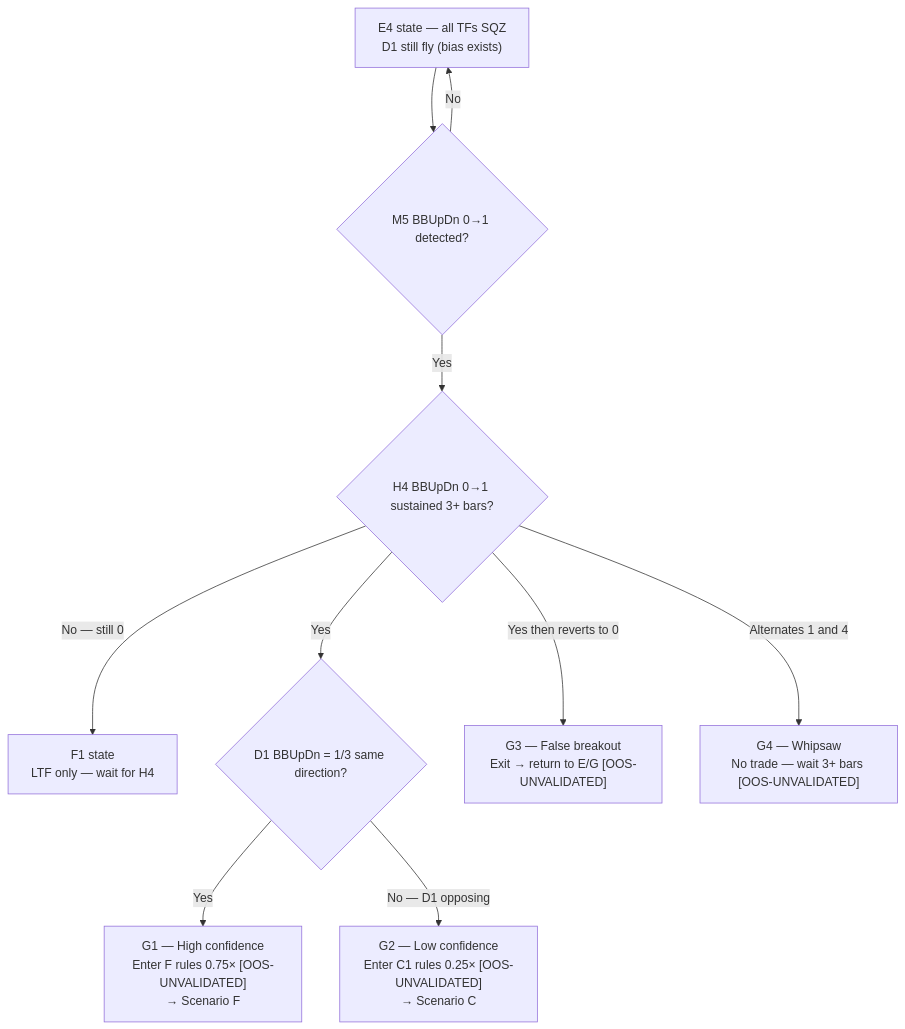
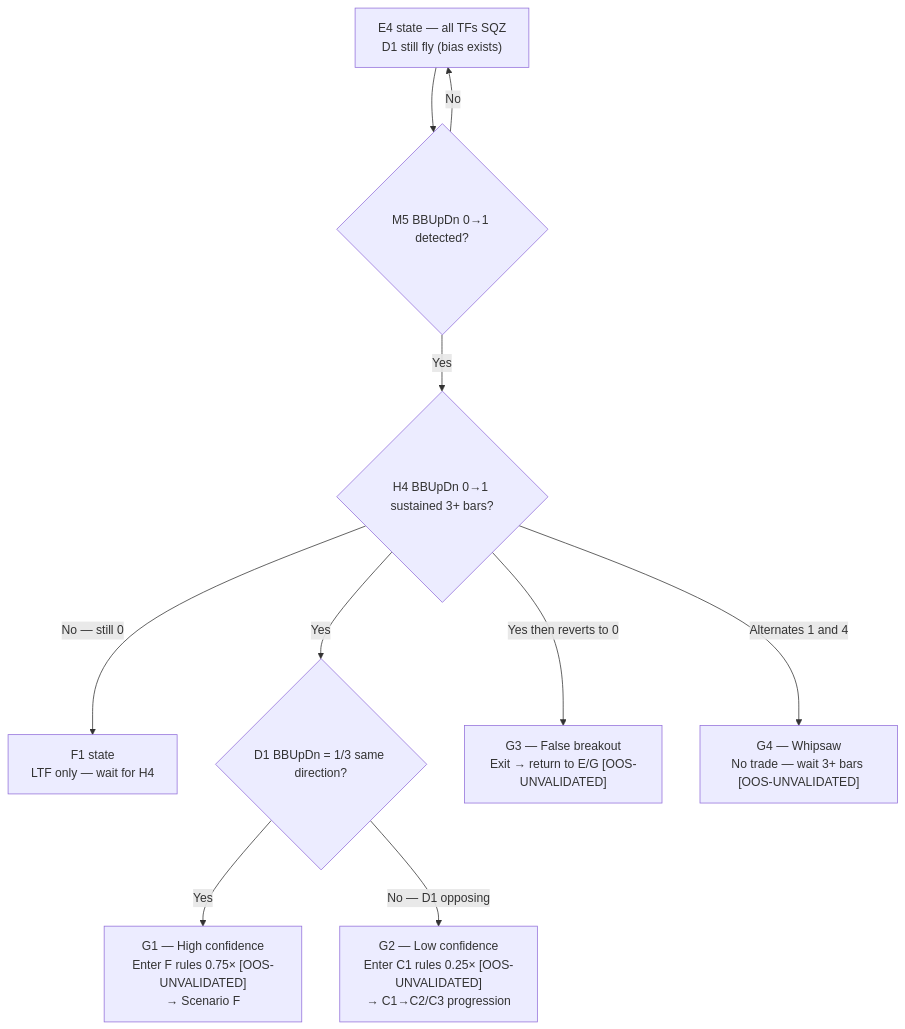
Diagram 28 of 29 in references/backtest_chart_analysis.md (Terrypang89/BB_MTF_M15_STRATEGY), drawn with Mermaid before and after one commit. The commit also changed other lines of this file and 1 other file, not shown here.

First line of the commit message:
Fold Scenario C into G as post-G2 reversal resolution — remove standalone section, update cross-refs

````diff
--- a/references/backtest_chart_analysis.md
+++ b/references/backtest_chart_analysis.md
@@ -3922,13 +3817,13 @@
 ```mermaid
 flowchart TD
     A["E4 state — all TFs SQZ\nD1 still fly (bias exists)"]
     A --> B{"M5 BBUpDn 0→1 detected?"}
     B -->|No| A
     B -->|Yes| C{"H4 BBUpDn 0→1 sustained 3+ bars?"}
     C -->|No — still 0| D["F1 state\nLTF only — wait for H4"]
     C -->|Yes| E{"D1 BBUpDn = 1/3 same direction?"}
     E -->|Yes| F["G1 — High confidence\nEnter F rules 0.75× [OOS-UNVALIDATED]\n→ Scenario F"]
-    E -->|No — D1 opposing| G_node["G2 — Low confidence\nEnter C1 rules 0.25× [OOS-UNVALIDATED]\n→ Scenario C"]
+    E -->|No — D1 opposing| G_node["G2 — Low confidence\nEnter C1 rules 0.25× [OOS-UNVALIDATED]\n→ C1→C2/C3 progression"]
     C -->|Yes then reverts to 0| H_node["G3 — False breakout\nExit → return to E/G [OOS-UNVALIDATED]"]
     C -->|Alternates 1 and 4| I_node["G4 — Whipsaw\nNo trade — wait 3+ bars [OOS-UNVALIDATED]"]
 ```
````
